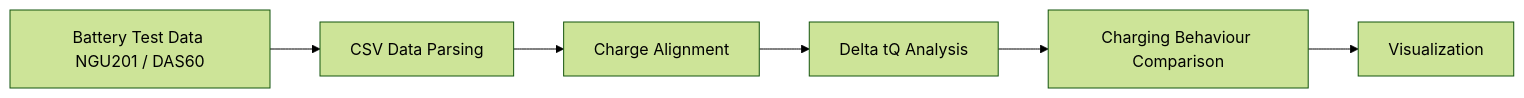
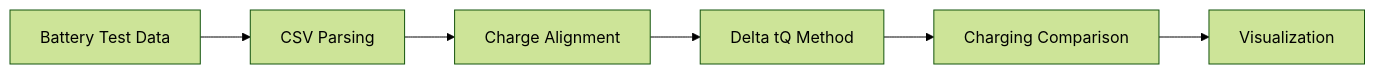
One commit to YusoXXX/battery-charging-analysis changed the diagram in README.md. Above: the diagram before and after it, drawn with Mermaid (forest theme).

````diff
--- a/README.md
+++ b/README.md
@@ -26,8 +26,8 @@
 ```mermaid
 flowchart LR
-    A[Battery Test Data NGU201 / DAS60] --> B[CSV Data Parsing]
+    A[Battery Test Data] --> B[CSV Parsing]
     B --> C[Charge Alignment]
-    C --> D[Delta tQ Analysis]
-    D --> E[Charging Behaviour Comparison]
+    C --> D[Delta tQ Method]
+    D --> E[Charging Comparison]
     E --> F[Visualization]
 ```
````
